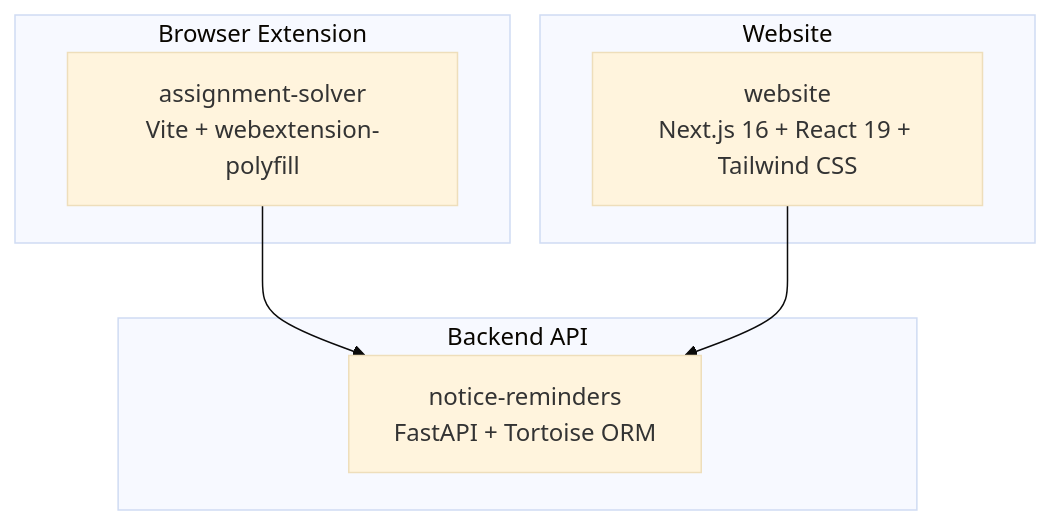
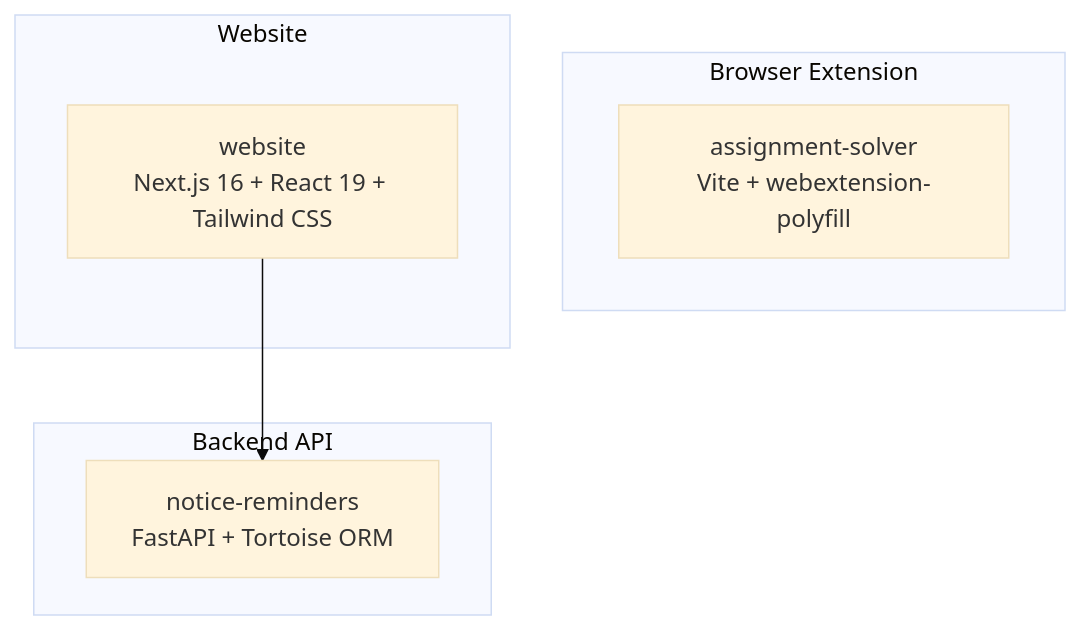
Before and after one commit to tashifkhan/tashif.codes: the first of 6 diagrams in src/data/docs/mooc-utils/Project Overview/Technology Stack.md, drawn with Mermaid (base theme). The commit also changed other lines of this file and 2128 other files, not shown here.

First line of the commit message:
docs: replace raster diagram images with native Mermaid across project guides

````diff
--- a/src/data/docs/mooc-utils/Project Overview/Technology Stack.md
+++ b/src/data/docs/mooc-utils/Project Overview/Technology Stack.md
@@ -17,14 +11,13 @@
 ```mermaid
 graph TB
 subgraph "Browser Extension"
 AS["assignment-solver<br/>Vite + webextension-polyfill"]
 end
 subgraph "Backend API"
 NR["notice-reminders<br/>FastAPI + Tortoise ORM"]
 end
 subgraph "Website"
 WEB["website<br/>Next.js 16 + React 19 + Tailwind CSS"]
 end
-AS --> NR
 WEB --> NR
 ```
````
